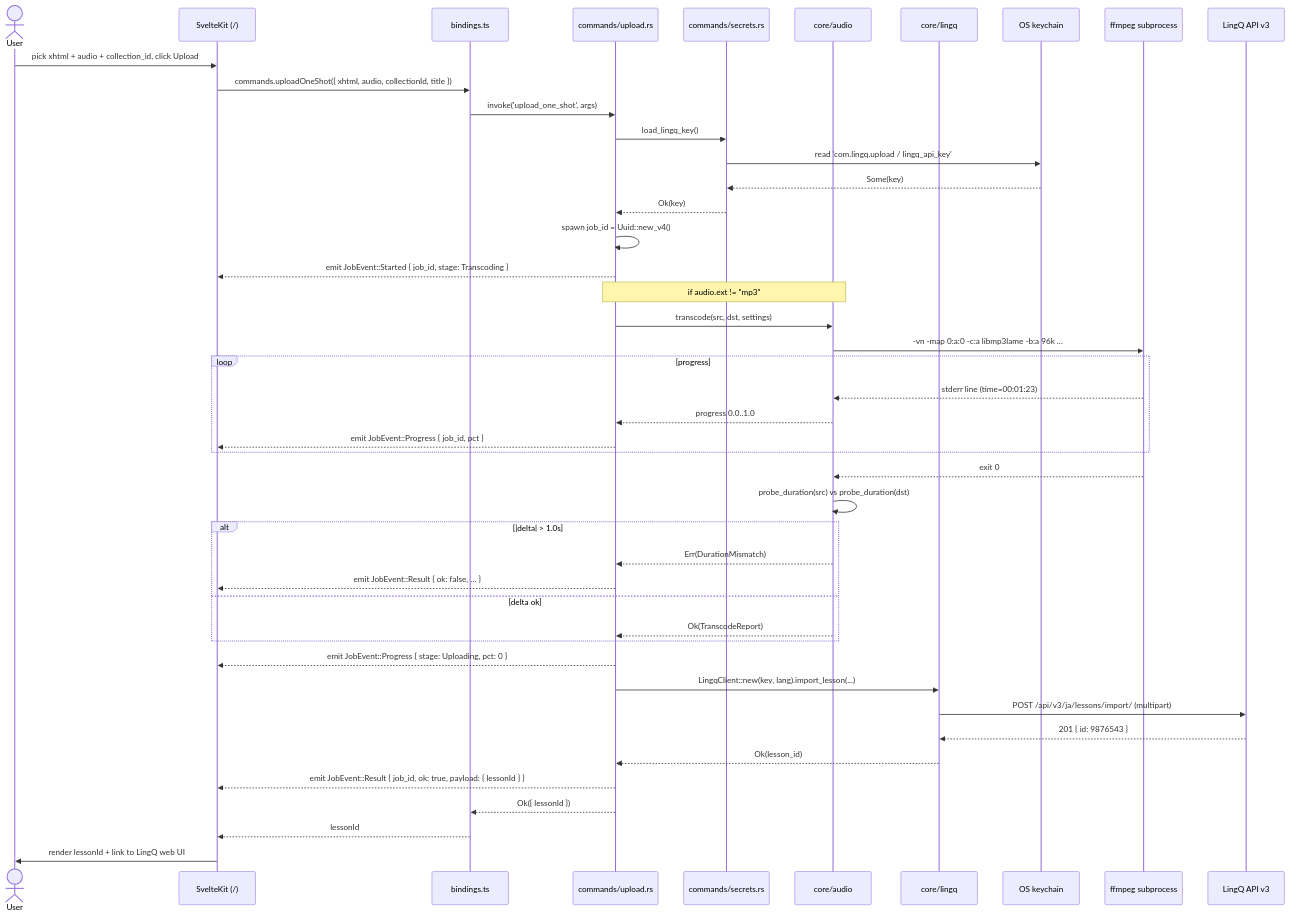
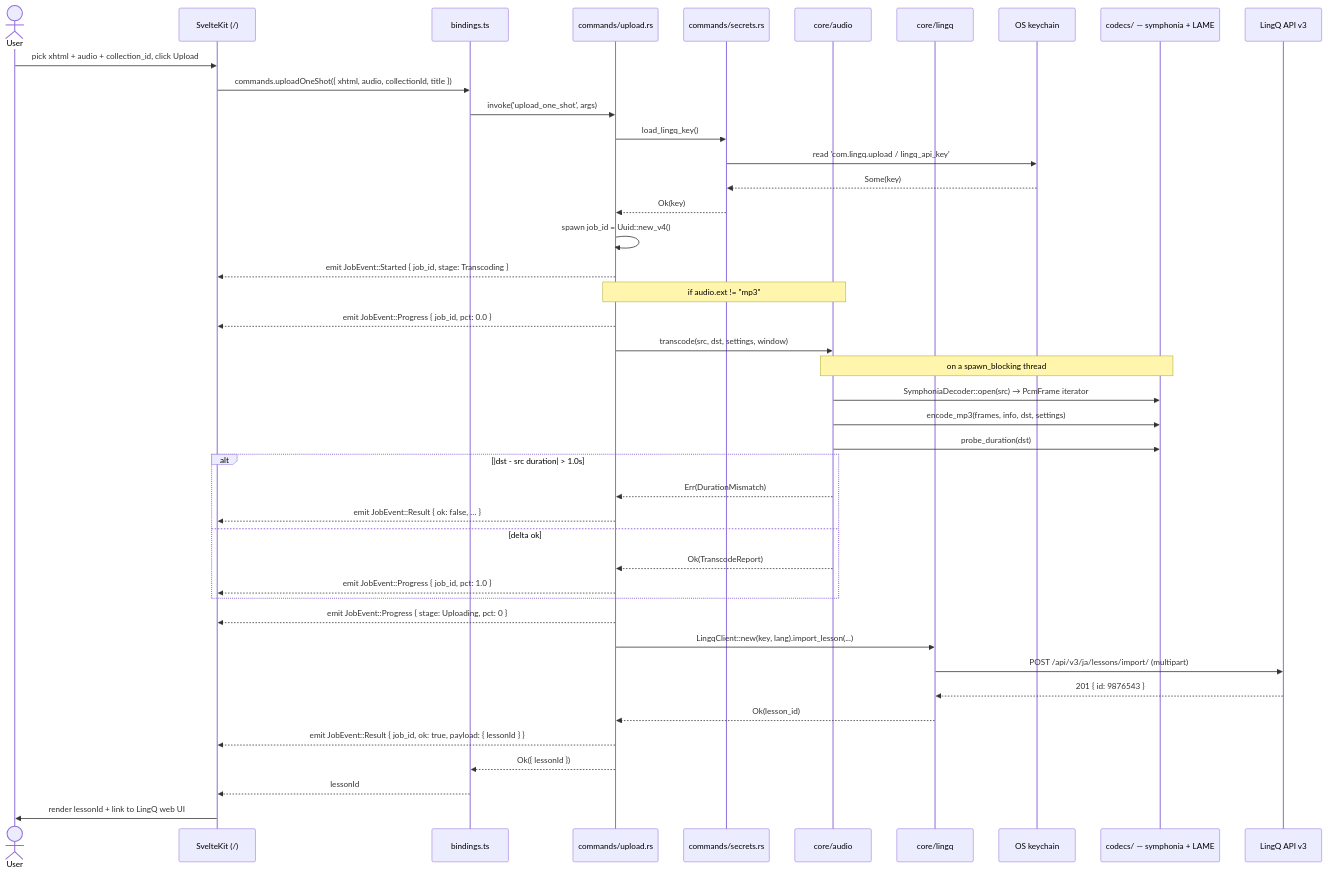
Before and after one commit to dmty/lingq-upload: the diagram in docs/architecture/diagrams/import-flow.md, drawn with Mermaid. The commit also changed other lines of this file and 9 other files, not shown here.

Commit message:
docs: replace ffmpeg-era descriptions with the pure-Rust audio pipeline

````diff
--- a/docs/architecture/diagrams/import-flow.md
+++ b/docs/architecture/diagrams/import-flow.md
@@ -5,53 +5,51 @@
 ```mermaid
 sequenceDiagram
   actor User
   participant UI as SvelteKit (/)
   participant IPC as bindings.ts
   participant CmdUp as commands/upload.rs
   participant Sec as commands/secrets.rs
   participant Audio as core/audio
   participant Lingq as core/lingq
   participant Keychain as OS keychain
-  participant Ffmpeg as ffmpeg subprocess
+  participant Codecs as codecs/ — symphonia + LAME
   participant LingqAPI as LingQ API v3
 
   User->>UI: pick xhtml + audio + collection_id, click Upload
   UI->>IPC: commands.uploadOneShot({ xhtml, audio, collectionId, title })
   IPC->>CmdUp: invoke('upload_one_shot', args)
 
   CmdUp->>Sec: load_lingq_key()
   Sec->>Keychain: read 'com.lingq.upload / lingq_api_key'
   Keychain-->>Sec: Some(key)
   Sec-->>CmdUp: Ok(key)
 
   CmdUp->>CmdUp: spawn job_id = Uuid::new_v4()
   CmdUp-->>UI: emit JobEvent::Started { job_id, stage: Transcoding }
 
   Note over CmdUp,Audio: if audio.ext != "mp3"
-  CmdUp->>Audio: transcode(src, dst, settings)
-  Audio->>Ffmpeg: -vn -map 0:a:0 -c:a libmp3lame -b:a 96k …
-  loop progress
-    Ffmpeg-->>Audio: stderr line (time=00:01:23)
-    Audio-->>CmdUp: progress 0.0..1.0
-    CmdUp-->>UI: emit JobEvent::Progress { job_id, pct }
-  end
-  Ffmpeg-->>Audio: exit 0
-  Audio->>Audio: probe_duration(src) vs probe_duration(dst)
-  alt |delta| > 1.0s
+  CmdUp-->>UI: emit JobEvent::Progress { job_id, pct: 0.0 }
+  CmdUp->>Audio: transcode(src, dst, settings, window)
+  Note over Audio,Codecs: on a spawn_blocking thread
+  Audio->>Codecs: SymphoniaDecoder::open(src) → PcmFrame iterator
+  Audio->>Codecs: encode_mp3(frames, info, dst, settings)
+  Audio->>Codecs: probe_duration(dst)
+  alt |dst - src duration| > 1.0s
     Audio-->>CmdUp: Err(DurationMismatch)
     CmdUp-->>UI: emit JobEvent::Result { ok: false, … }
   else delta ok
     Audio-->>CmdUp: Ok(TranscodeReport)
+    CmdUp-->>UI: emit JobEvent::Progress { job_id, pct: 1.0 }
   end
 
   CmdUp-->>UI: emit JobEvent::Progress { stage: Uploading, pct: 0 }
   CmdUp->>Lingq: LingqClient::new(key, lang).import_lesson(...)
   Lingq->>LingqAPI: POST /api/v3/ja/lessons/import/ (multipart)
   LingqAPI-->>Lingq: 201 { id: 9876543 }
   Lingq-->>CmdUp: Ok(lesson_id)
 
   CmdUp-->>UI: emit JobEvent::Result { job_id, ok: true, payload: { lessonId } }
   CmdUp-->>IPC: Ok({ lessonId })
   IPC-->>UI: lessonId
   UI->>User: render lessonId + link to LingQ web UI
 ```
````
